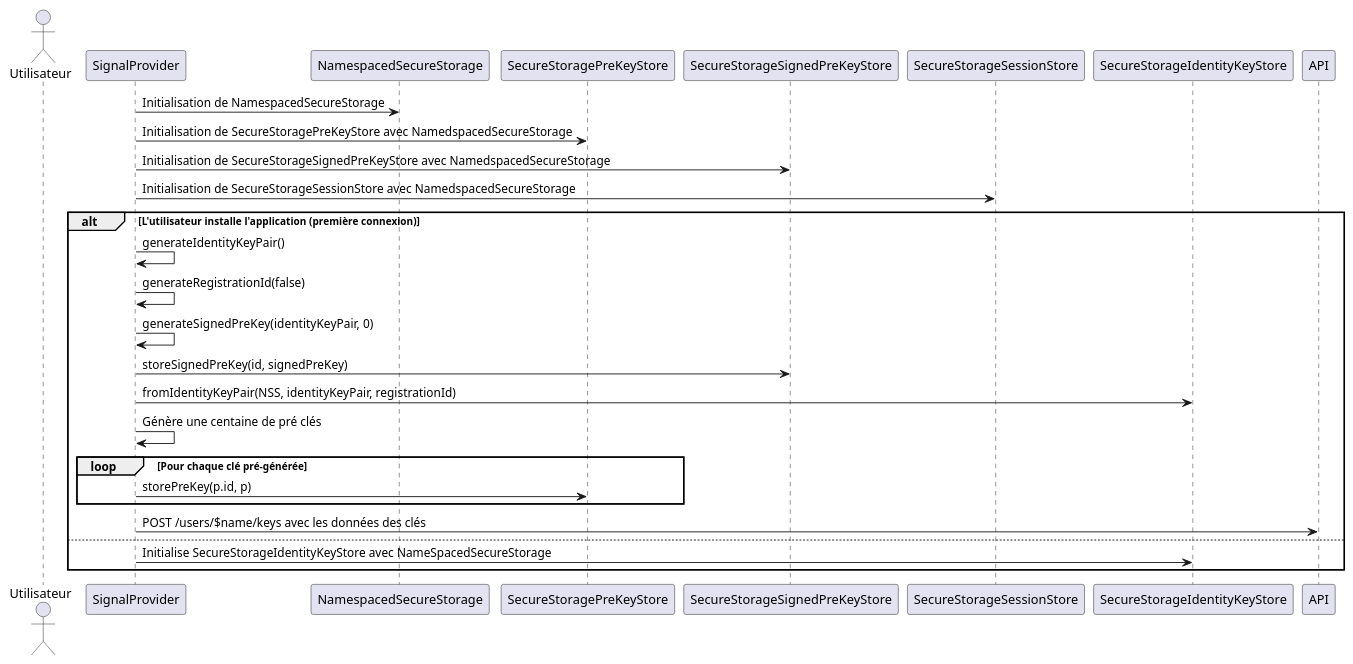
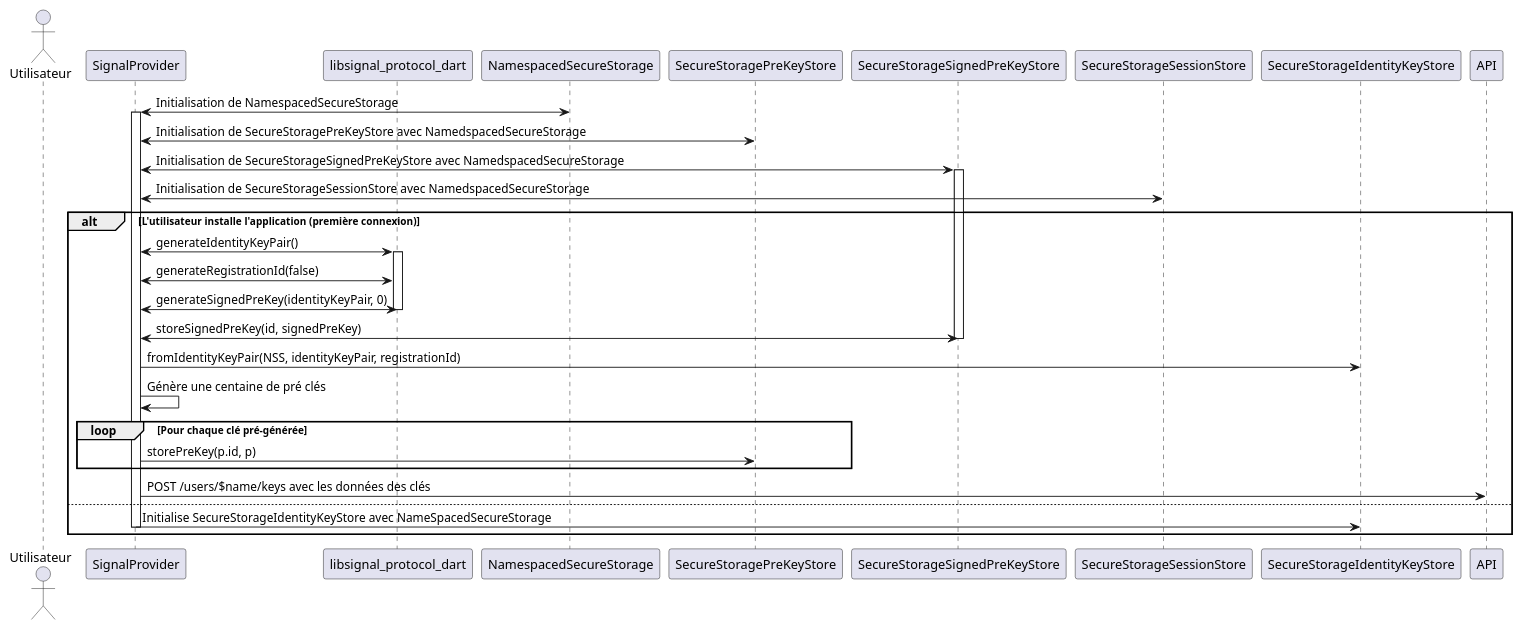
The diagram in docs/assets/diagrams/src/technical/initialize.puml (nezia1/missive-documentation), drawn with PlantUML before and after one commit. The commit also changed 10 other files, not shown here.

Commit message:
add lifeline to diagrams

```diff
--- a/docs/assets/diagrams/src/technical/initialize.puml
+++ b/docs/assets/diagrams/src/technical/initialize.puml
@@ -1,30 +1,37 @@
 @startuml initialize
 actor Utilisateur
 participant "SignalProvider" as SignalProvider
+participant "libsignal_protocol_dart" as LibSignal
 participant "NamespacedSecureStorage" as NSS
 participant "SecureStoragePreKeyStore" as PreKeyStore
 participant "SecureStorageSignedPreKeyStore" as SignedPreKeyStore
 participant "SecureStorageSessionStore" as SessionStore
 participant "SecureStorageIdentityKeyStore" as IdentityKeyStore
 participant "API" as Api
 
-SignalProvider -> NSS : Initialisation de NamespacedSecureStorage 
-SignalProvider -> PreKeyStore : Initialisation de SecureStoragePreKeyStore avec NamedspacedSecureStorage
-SignalProvider -> SignedPreKeyStore : Initialisation de SecureStorageSignedPreKeyStore avec NamedspacedSecureStorage
-SignalProvider -> SessionStore : Initialisation de SecureStorageSessionStore avec NamedspacedSecureStorage
+SignalProvider <-> NSS : Initialisation de NamespacedSecureStorage 
+activate SignalProvider
+SignalProvider <-> PreKeyStore : Initialisation de SecureStoragePreKeyStore avec NamedspacedSecureStorage
+SignalProvider <-> SignedPreKeyStore : Initialisation de SecureStorageSignedPreKeyStore avec NamedspacedSecureStorage
+activate SignedPreKeyStore
+SignalProvider <-> SessionStore : Initialisation de SecureStorageSessionStore avec NamedspacedSecureStorage
 
 alt L'utilisateur installe l'application (première connexion)
-        SignalProvider -> SignalProvider : generateIdentityKeyPair()
-        SignalProvider -> SignalProvider : generateRegistrationId(false)
-        SignalProvider -> SignalProvider : generateSignedPreKey(identityKeyPair, 0)
-        SignalProvider -> SignedPreKeyStore : storeSignedPreKey(id, signedPreKey)
+        SignalProvider <-> LibSignal : generateIdentityKeyPair()
+        activate LibSignal
+        SignalProvider <-> LibSignal : generateRegistrationId(false)
+        SignalProvider <-> LibSignal : generateSignedPreKey(identityKeyPair, 0)
+        deactivate LibSignal
+        SignalProvider <-> SignedPreKeyStore : storeSignedPreKey(id, signedPreKey)
+        deactivate SignedPreKeyStore
         SignalProvider -> IdentityKeyStore : fromIdentityKeyPair(NSS, identityKeyPair, registrationId)
         SignalProvider -> SignalProvider : Génère une centaine de pré clés
         loop Pour chaque clé pré-générée
             SignalProvider -> PreKeyStore : storePreKey(p.id, p)
         end
         SignalProvider -> Api : POST /users/$name/keys avec les données des clés
 else
     SignalProvider -> IdentityKeyStore : Initialise SecureStorageIdentityKeyStore avec NameSpacedSecureStorage
+    deactivate SignalProvider
 end
 @enduml
```
